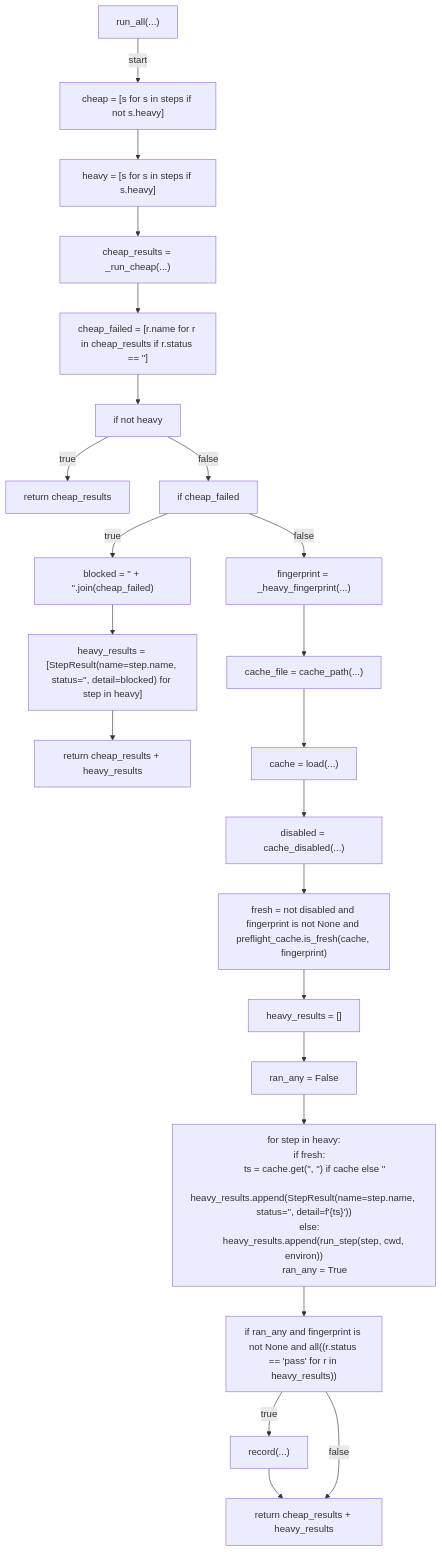
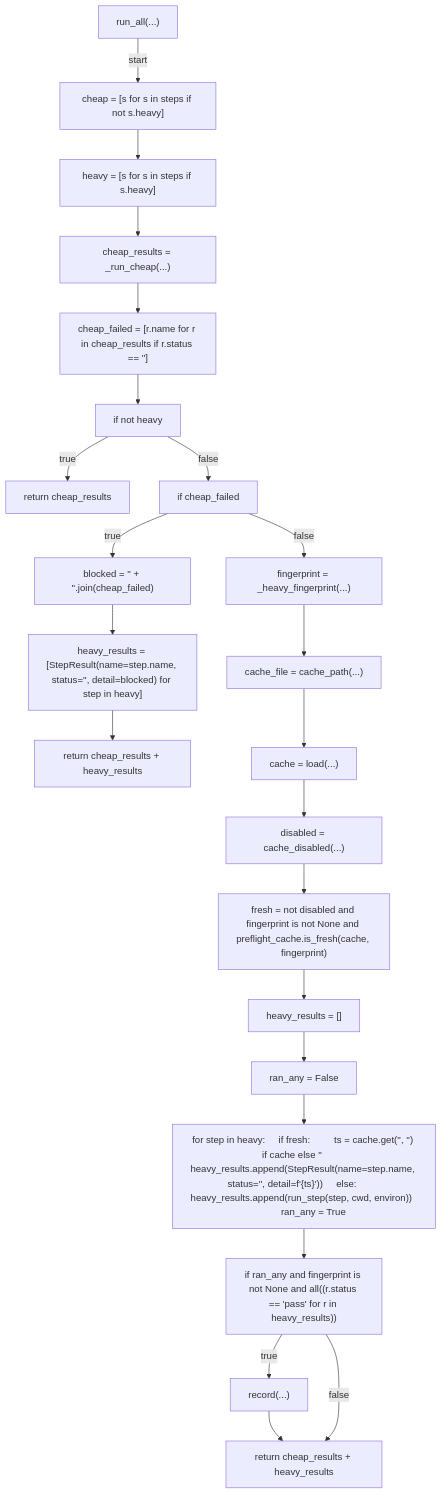
One commit to tvna/claude-md changed the sixth of 10 diagrams in docs/generated/scripts/ast/preflight_all.md. Above: the diagram before and after it, drawn with Mermaid. The commit also changed other lines of this file and 29 other files, not shown here.

First line of the commit message:
docs(generated): regenerate decision tree and workflow diagrams (batch 3/5)

````diff
--- a/docs/generated/scripts/ast/preflight_all.md
+++ b/docs/generated/scripts/ast/preflight_all.md
@@ -131,53 +122,47 @@
 ```mermaid
 flowchart TD
     N001["run_all(...)"]
     N002["cheap = [s for s in steps if not s.heavy]"]
     N003["heavy = [s for s in steps if s.heavy]"]
     N004["cheap_results = _run_cheap(...)"]
     N005["cheap_failed = [r.name for r in cheap_results if r.status == '<str>']"]
     N006["if not heavy"]
     N007["return cheap_results"]
     N008["if cheap_failed"]
     N009["blocked = '<str>' + '<str>'.join(cheap_failed)"]
     N010["heavy_results = [StepResult(name=step.name, status='<str>', detail=blocked) for step in heavy]"]
     N011["return cheap_results + heavy_results"]
     N012["fingerprint = _heavy_fingerprint(...)"]
     N013["cache_file = cache_path(...)"]
     N014["cache = load(...)"]
     N015["disabled = cache_disabled(...)"]
     N016["fresh = not disabled and fingerprint is not None and preflight_cache.is_fresh(cache, fingerprint)"]
     N017["heavy_results = []"]
     N018["ran_any = False"]
-    N019["for step in heavy:
-    if fresh:
-        ts = cache.get('<str>', '<str>') if cache else '<str>'
-        heavy_results.append(StepResult(name=step.name, status='<str>', detail=f'<str>{ts}'))
-    else:
-        heavy_results.append(run_step(step, cwd, environ))
-        ran_any = True"]
+    N019["for step in heavy:     if fresh:         ts = cache.get('<str>', '<str>') if cache else '<str>'         heavy_results.append(StepResult(name=step.name, status='<str>', detail=f'<str>{ts}'))     else:         heavy_results.append(run_step(step, cwd, environ))         ran_any = True"]
     N020["if ran_any and fingerprint is not None and all((r.status == 'pass' for r in heavy_results))"]
     N021["record(...)"]
     N022["return cheap_results + heavy_results"]
     N001 -->|"start"| N002
     N002 --> N003
     N003 --> N004
     N004 --> N005
     N005 --> N006
     N006 -->|"true"| N007
     N006 -->|"false"| N008
     N008 -->|"true"| N009
     N009 --> N010
     N010 --> N011
     N008 -->|"false"| N012
     N012 --> N013
     N013 --> N014
     N014 --> N015
     N015 --> N016
     N016 --> N017
     N017 --> N018
     N018 --> N019
     N019 --> N020
     N020 -->|"true"| N021
     N021 --> N022
     N020 -->|"false"| N022
 ```
````
